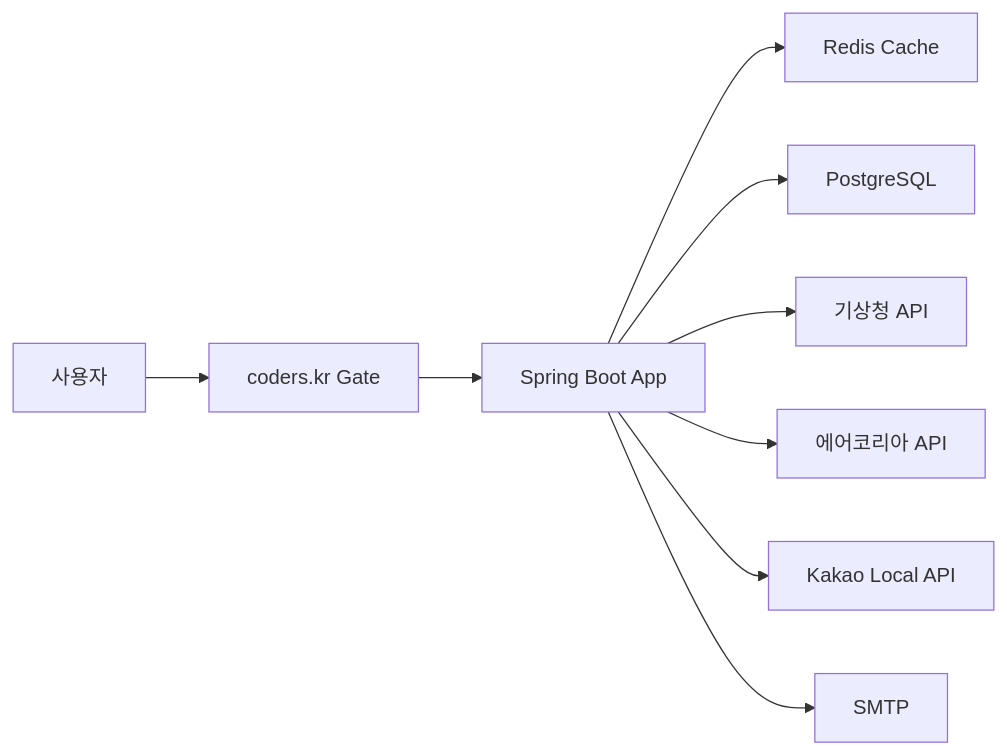
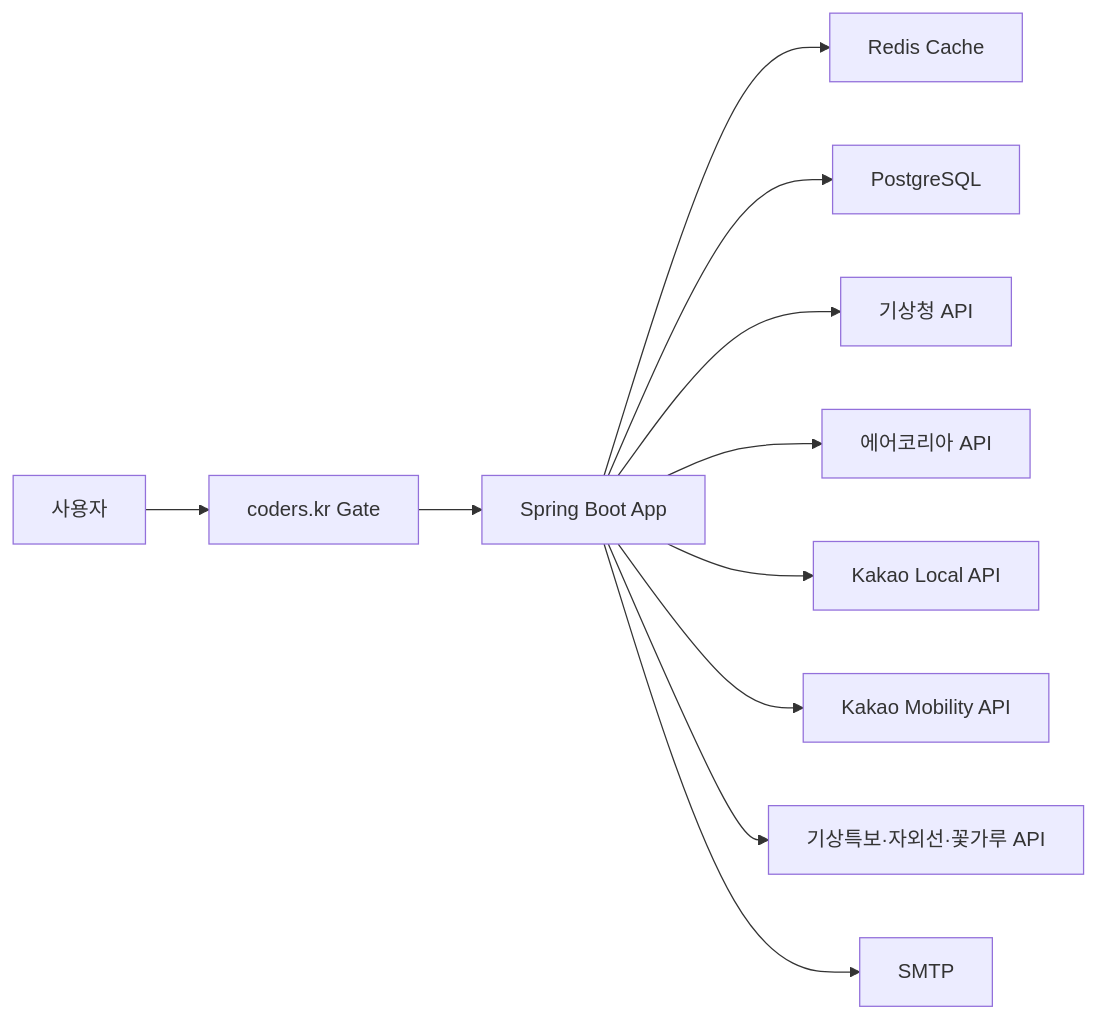
Before and after one commit to boclair98/Weather: the diagram in README.md, drawn with Mermaid. The commit also changed other lines of this file and 17 other files, not shown here.

````diff
--- a/README.md
+++ b/README.md
@@ -138,11 +144,13 @@
 ```mermaid
 flowchart LR
     U["사용자"] --> G["coders.kr Gate"]
     G --> A["Spring Boot App"]
     A --> R["Redis Cache"]
     A --> D["PostgreSQL"]
     A --> K["기상청 API"]
     A --> Q["에어코리아 API"]
     A --> L["Kakao Local API"]
+    A --> N["Kakao Mobility API"]
+    A --> S["기상특보·자외선·꽃가루 API"]
     A --> M["SMTP"]
 ```
````
